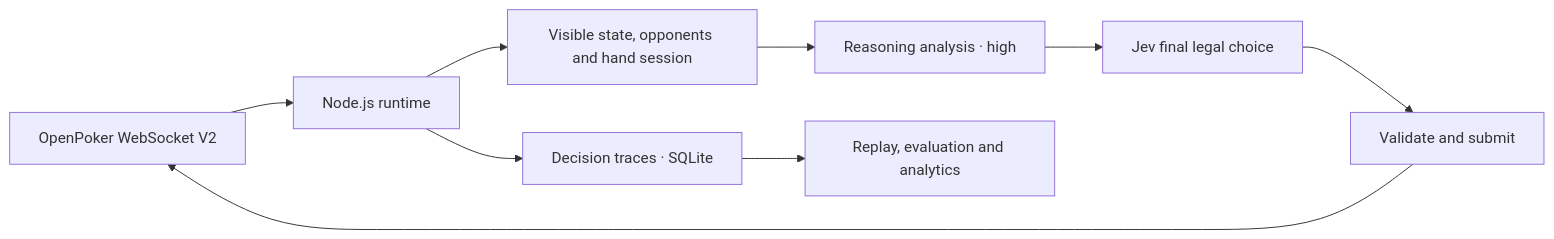
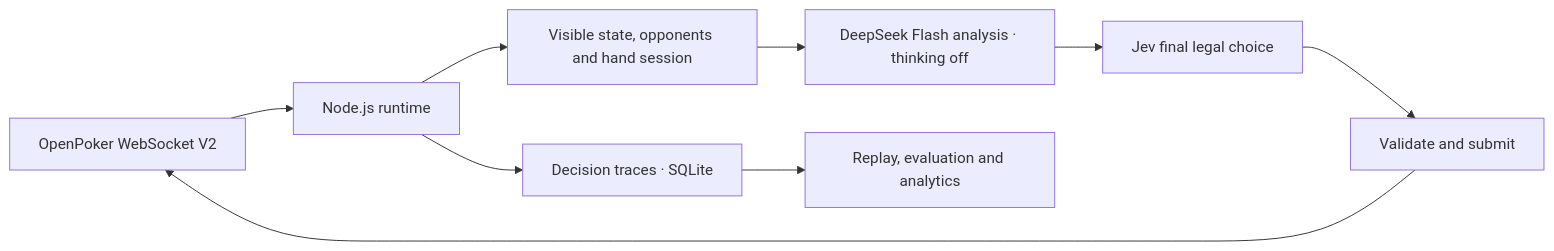
One commit to hewenyu/jev-card-agent changed the diagram in README.md. Above: the diagram before and after it, drawn with Mermaid. The commit also changed other lines of this file and 27 other files, not shown here.

Commit message:
Add dedicated DeepSeek analysis and prioritize the live table

````diff
--- a/README.md
+++ b/README.md
@@ -27,11 +27,11 @@
 ```mermaid
 flowchart LR
   O[OpenPoker WebSocket V2] --> R[Node.js runtime]
   R --> C[Visible state, opponents and hand session]
-  C --> A[Reasoning analysis · high]
+  C --> A[DeepSeek Flash analysis · thinking off]
   A --> J[Jev final legal choice]
   J --> V[Validate and submit]
   V --> O
   R --> T[Decision traces · SQLite]
   T --> E[Replay, evaluation and analytics]
 ```
````
